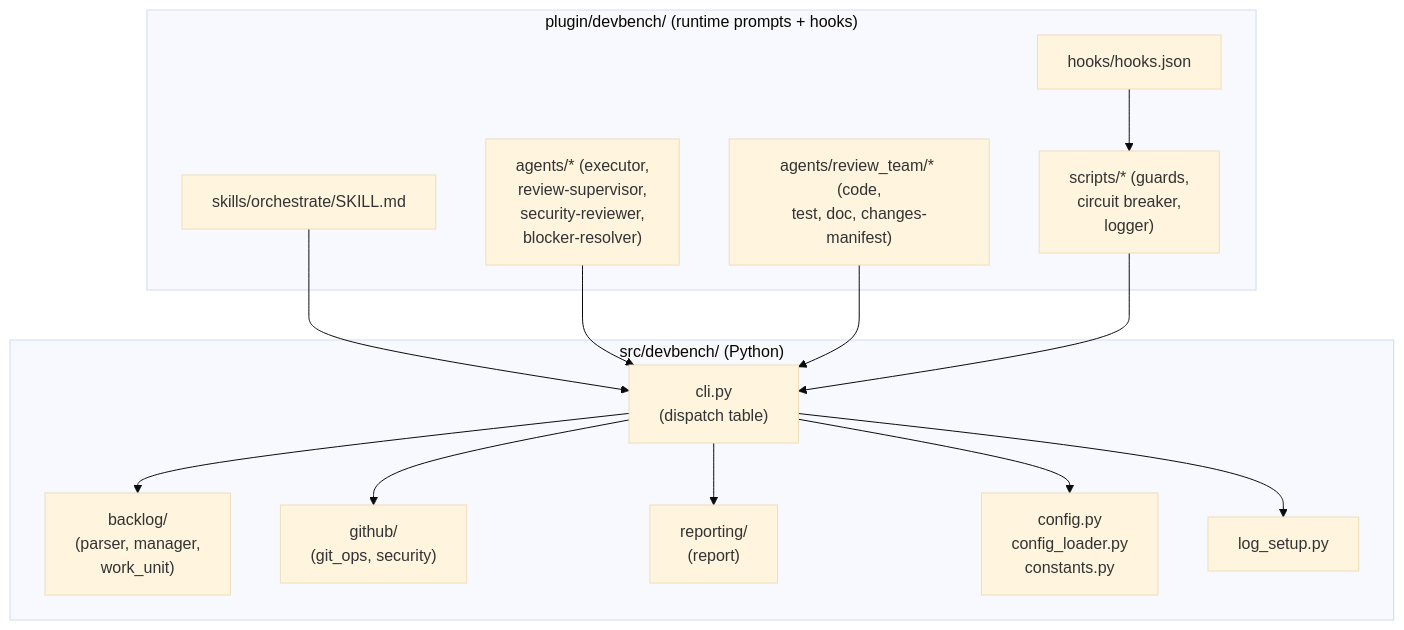
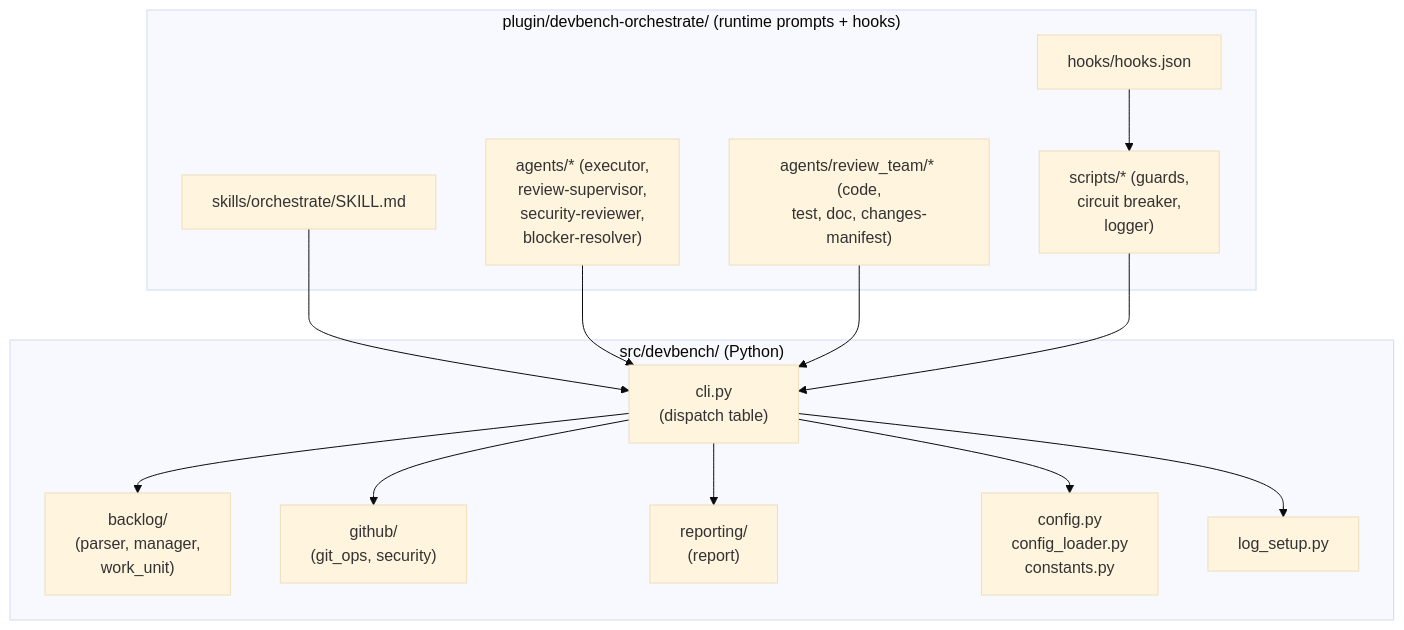
The second of 6 diagrams in docs/architecture.md (caylent-solutions/devbench), drawn with Mermaid (base theme) before and after one commit. The commit also changed other lines of this file and 234 other files, not shown here.

````diff
--- a/docs/architecture.md
+++ b/docs/architecture.md
@@ -133,30 +133,30 @@
 ```mermaid
 graph TB
-  subgraph Plugin["plugin/devbench/ (runtime prompts + hooks)"]
+  subgraph Plugin["plugin/devbench-orchestrate/ (runtime prompts + hooks)"]
     Skill["skills/orchestrate/SKILL.md"]
     Agents["agents/* (executor,<br/>review-supervisor,<br/>security-reviewer,<br/>blocker-resolver)"]
     Judges["agents/review_team/* (code,<br/>test, doc, changes-manifest)"]
     Hooks["hooks/hooks.json"]
     Scripts["scripts/* (guards,<br/>circuit breaker,<br/>logger)"]
   end
 
   subgraph Source["src/devbench/ (Python)"]
     CLI["cli.py<br/>(dispatch table)"]
     Backlog["backlog/<br/>(parser, manager,<br/>work_unit)"]
     GitHub["github/<br/>(git_ops, security)"]
     Reporting["reporting/<br/>(report)"]
     Config["config.py<br/>config_loader.py<br/>constants.py"]
     Logging["log_setup.py"]
   end
 
   Skill --> CLI
   Agents --> CLI
   Judges --> CLI
   Hooks --> Scripts
   Scripts --> CLI
   CLI --> Backlog
   CLI --> GitHub
   CLI --> Reporting
   CLI --> Config
   CLI --> Logging
 ```
````
